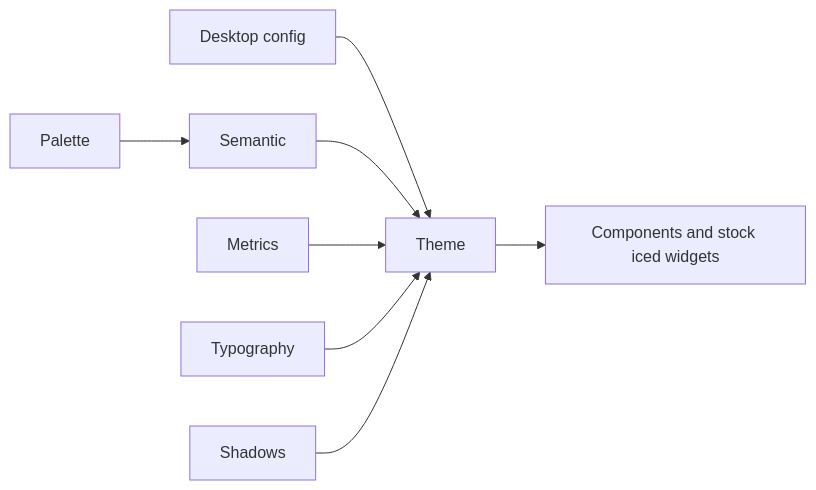
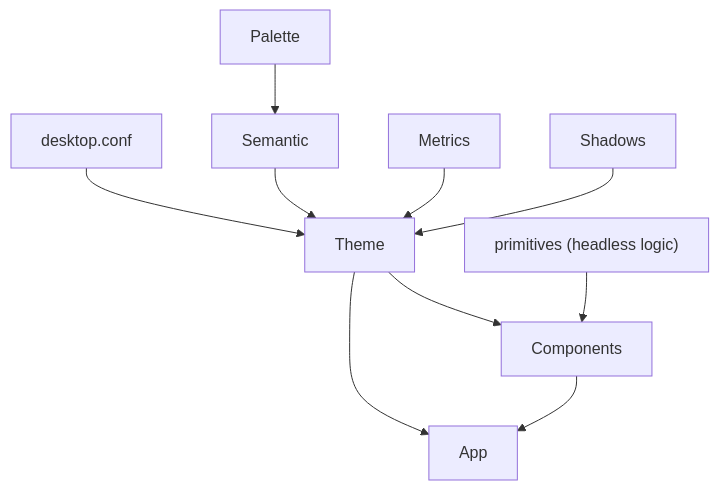
Before and after one commit to VaZark/iced-libadwaita: the diagram in DESIGN.md, drawn with Mermaid. The commit also changed other lines of this file and 394 other files, not shown here.

````diff
--- a/DESIGN.md
+++ b/DESIGN.md
@@ -28,10 +20,11 @@
 ```mermaid
-flowchart LR
-    Config["Desktop config"] --> Theme
-    Palette --> Semantic
-    Semantic --> Theme
+flowchart TD
+    Config["desktop.conf"] --> Theme
+    Palette --> Semantic --> Theme
     Metrics --> Theme
-    Typography --> Theme
     Shadows --> Theme
-    Theme --> Components["Components and stock iced widgets"]
+    Theme --> Components
+    Primitives["primitives (headless logic)"] --> Components
+    Components --> App
+    Theme --> App
 ```
````
